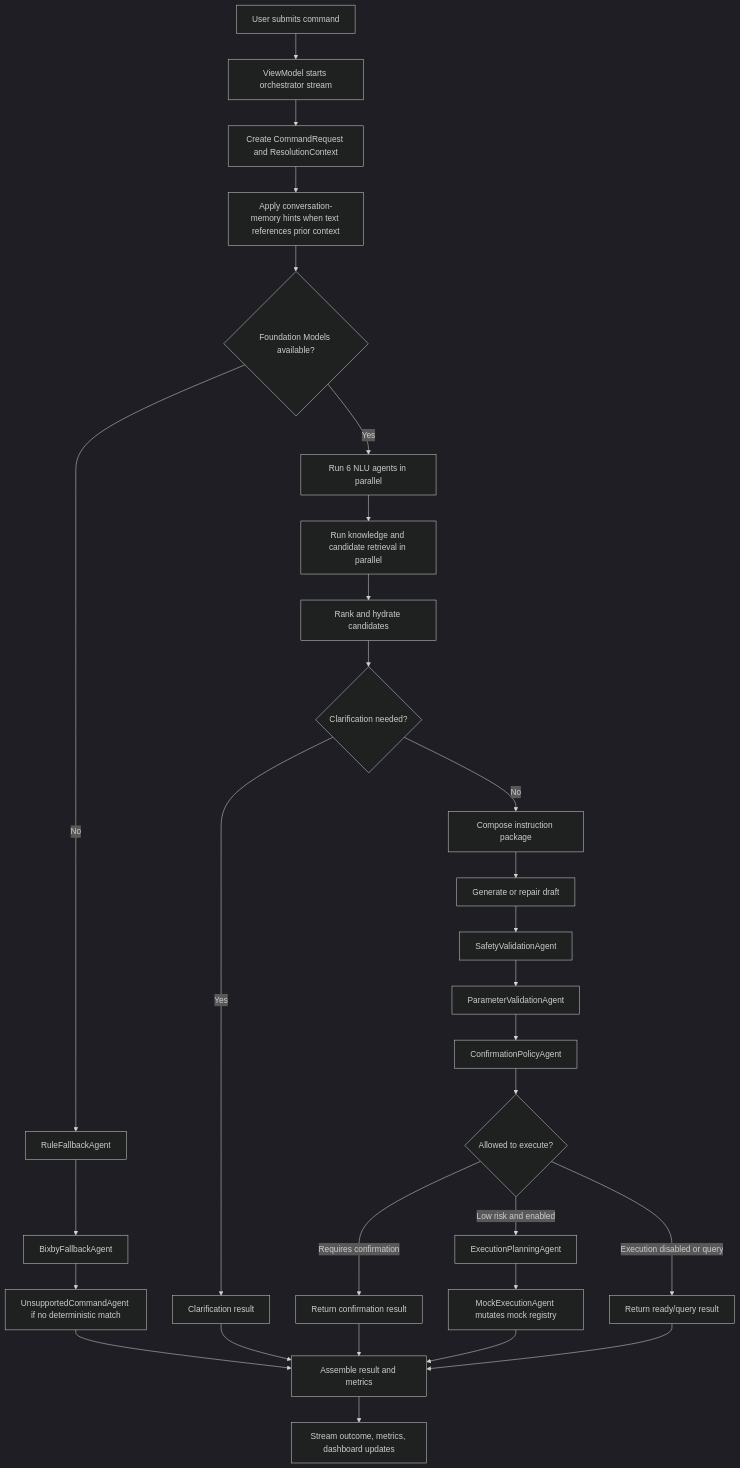
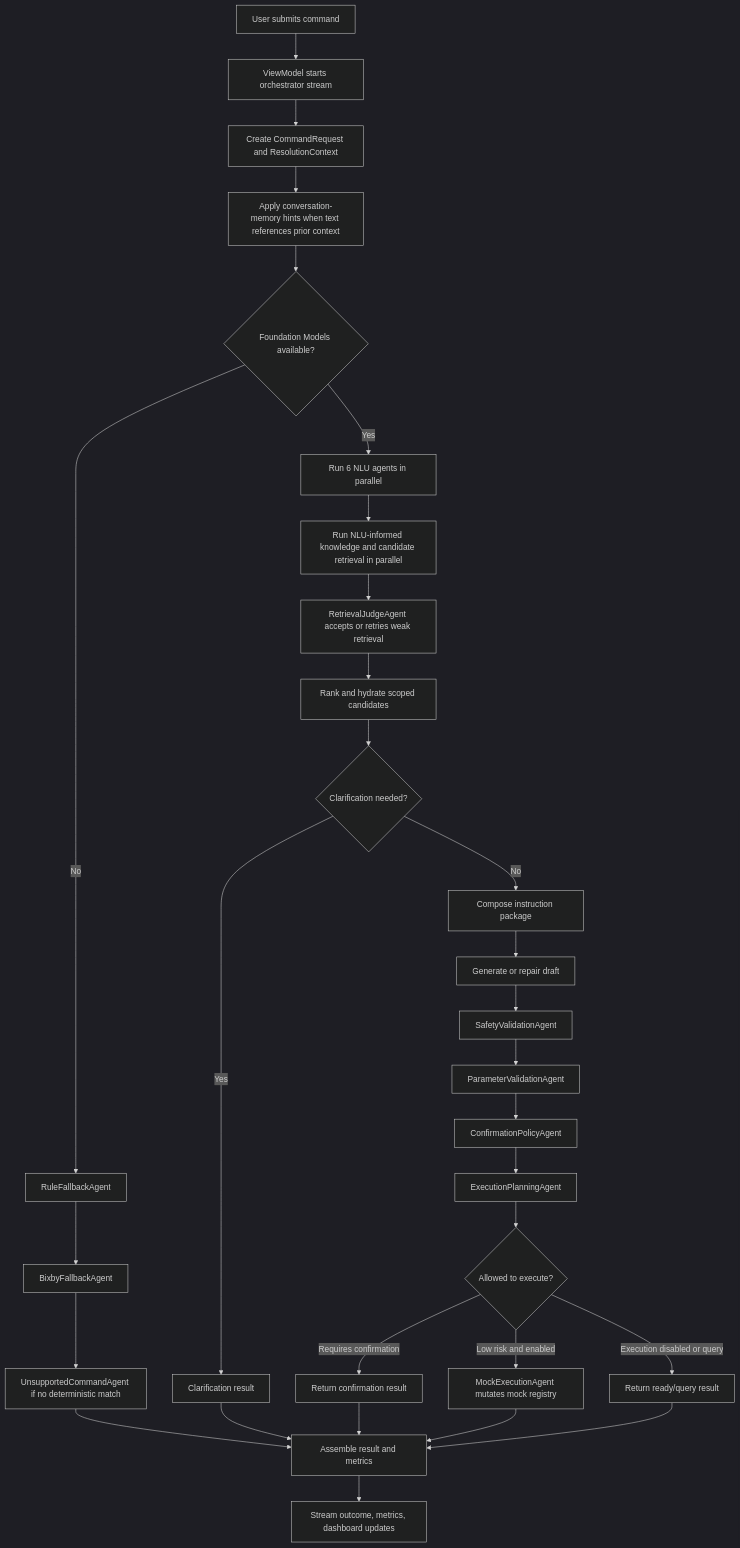
The second of 3 diagrams in README.md (ksypinro/HomeAutomation), drawn with Mermaid (dark theme) before and after one commit. The commit also changed other lines of this file and 40 other files, not shown here.

````diff
--- a/README.md
+++ b/README.md
@@ -123,34 +130,35 @@
 ```mermaid
 flowchart TD
     A["User submits command"] --> B["ViewModel starts orchestrator stream"]
     B --> C["Create CommandRequest and ResolutionContext"]
     C --> D["Apply conversation-memory hints when text references prior context"]
     D --> E{"Foundation Models available?"}
 
     E -->|No| F["RuleFallbackAgent"]
     F --> G["BixbyFallbackAgent"]
     G --> H["UnsupportedCommandAgent if no deterministic match"]
 
     E -->|Yes| I["Run 6 NLU agents in parallel"]
-    I --> J["Run knowledge and candidate retrieval in parallel"]
-    J --> K["Rank and hydrate candidates"]
-    K --> L{"Clarification needed?"}
-    L -->|Yes| M["Clarification result"]
-    L -->|No| N["Compose instruction package"]
-    N --> O["Generate or repair draft"]
-    O --> P["SafetyValidationAgent"]
-    P --> Q["ParameterValidationAgent"]
-    Q --> R["ConfirmationPolicyAgent"]
-    R --> S{"Allowed to execute?"}
-    S -->|Requires confirmation| T["Return confirmation result"]
-    S -->|Low risk and enabled| U["ExecutionPlanningAgent"]
-    U --> V["MockExecutionAgent mutates mock registry"]
-    S -->|Execution disabled or query| W["Return ready/query result"]
+    I --> J["Run NLU-informed knowledge and candidate retrieval in parallel"]
+    J --> K["RetrievalJudgeAgent accepts or retries weak retrieval"]
+    K --> L["Rank and hydrate scoped candidates"]
+    L --> M{"Clarification needed?"}
+    M -->|Yes| N["Clarification result"]
+    M -->|No| O["Compose instruction package"]
+    O --> P["Generate or repair draft"]
+    P --> Q["SafetyValidationAgent"]
+    Q --> R["ParameterValidationAgent"]
+    R --> S["ConfirmationPolicyAgent"]
+    S --> T["ExecutionPlanningAgent"]
+    T --> U{"Allowed to execute?"}
+    U -->|Requires confirmation| V["Return confirmation result"]
+    U -->|Low risk and enabled| W["MockExecutionAgent mutates mock registry"]
+    U -->|Execution disabled or query| X["Return ready/query result"]
 
-    H --> X["Assemble result and metrics"]
-    M --> X
-    T --> X
-    V --> X
-    W --> X
-    X --> Y["Stream outcome, metrics, dashboard updates"]
+    H --> Y["Assemble result and metrics"]
+    N --> Y
+    V --> Y
+    W --> Y
+    X --> Y
+    Y --> Z["Stream outcome, metrics, dashboard updates"]
 ```
````
